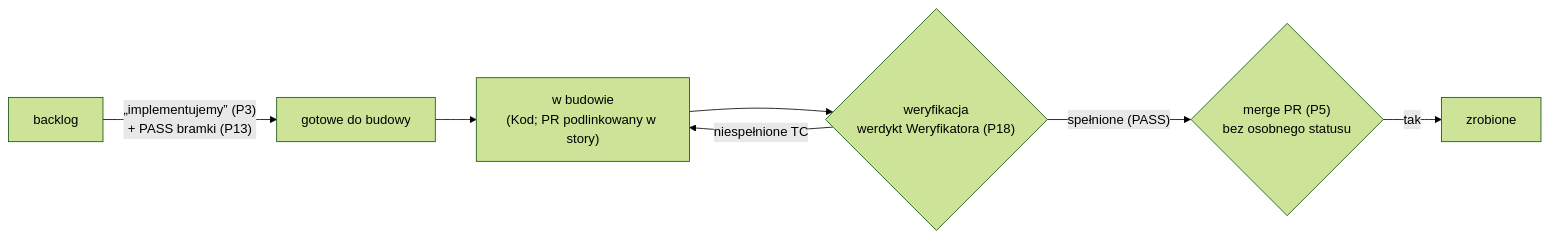
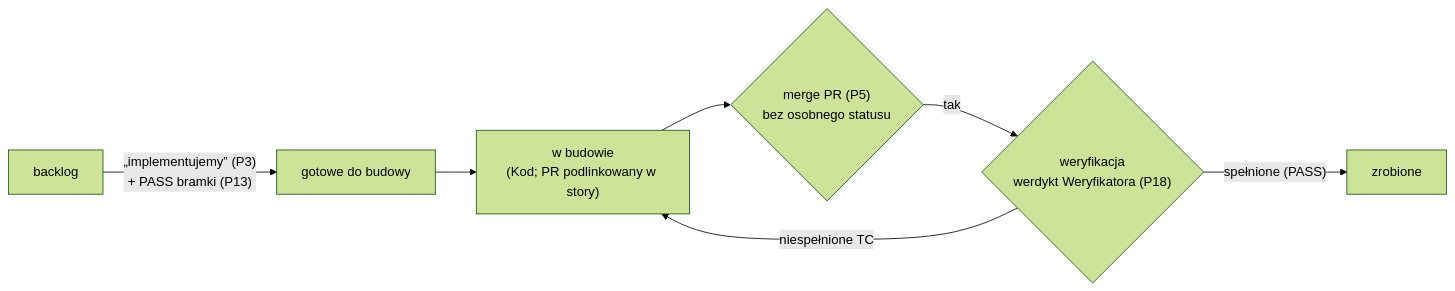
Before and after one commit to AdamskiMarek/open-mercato: the second of 2 diagrams in .ai/process/workflow.md, drawn with Mermaid (forest theme). The commit also changed other lines of this file and 3 other files, not shown here.

````diff
--- a/.ai/process/workflow.md
+++ b/.ai/process/workflow.md
@@ -50,9 +52,9 @@
 ```mermaid
 flowchart LR
     b["backlog"] -- "„implementujemy” (P3)<br/>+ PASS bramki (P13)" --> r["gotowe do budowy"]
     r --> w["w budowie<br/>(Kod; PR podlinkowany w story)"]
-    w --> v{"weryfikacja<br/>werdykt Weryfikatora (P18)"}
+    w --> mg{"merge PR (P5)<br/>bez osobnego statusu"}
+    mg -- "tak" --> v{"weryfikacja<br/>werdykt Weryfikatora (P18)"}
     v -- "niespełnione TC" --> w
-    v -- "spełnione (PASS)" --> mg{"merge PR (P5)<br/>bez osobnego statusu"}
-    mg -- "tak" --> z["zrobione"]
+    v -- "spełnione (PASS)" --> z["zrobione"]
 ```
````
